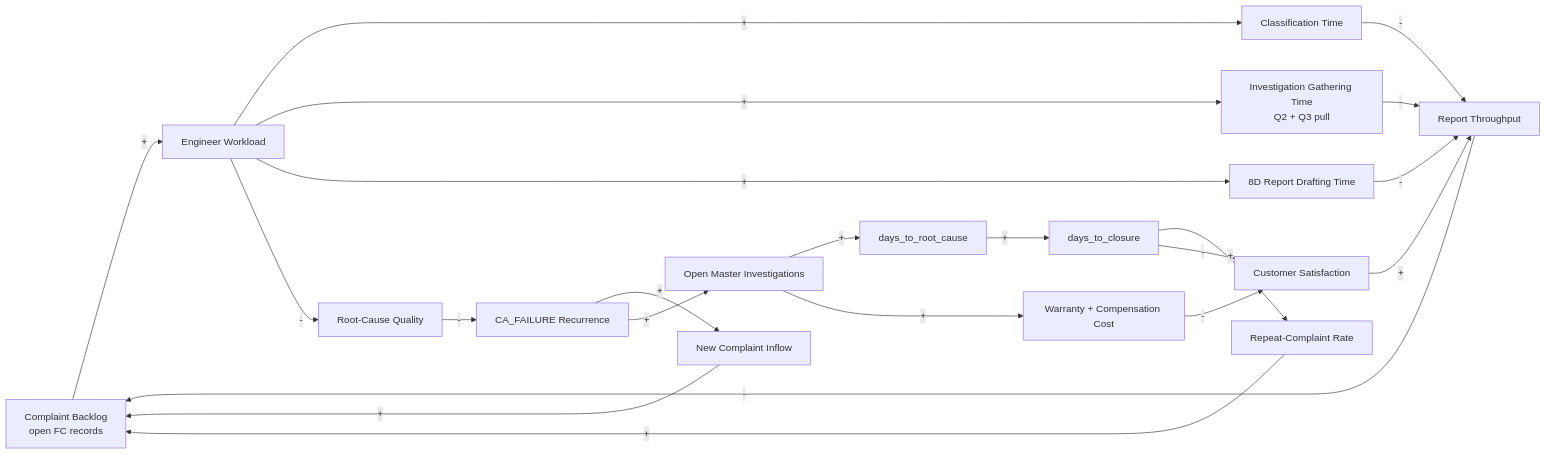
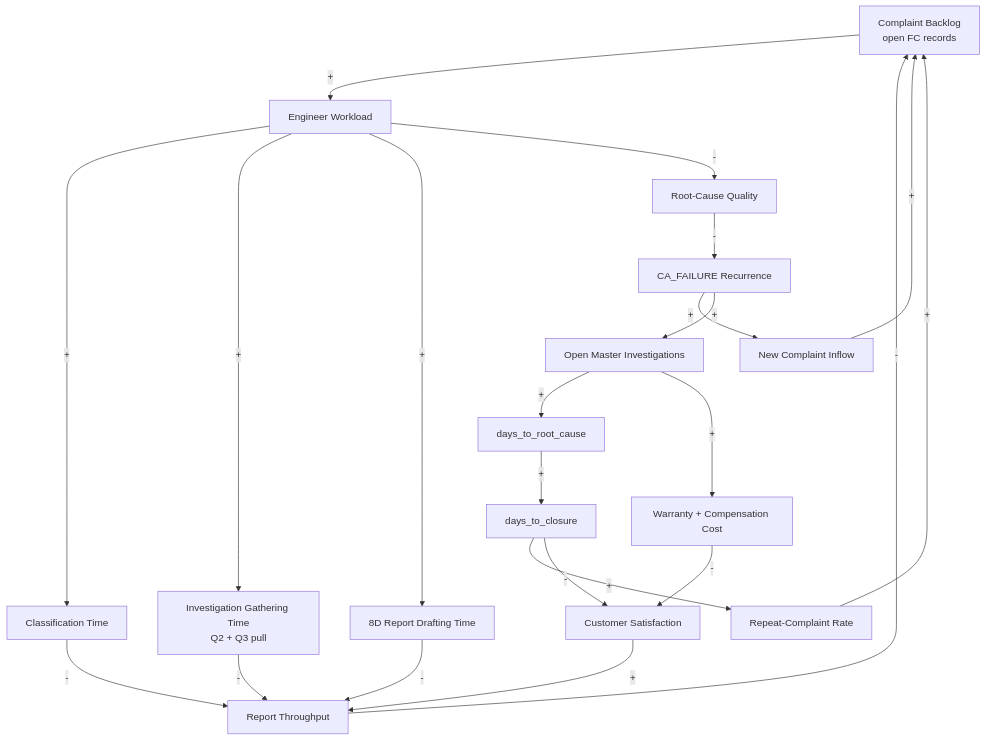
Before and after one commit to jayanthbagare/complete_book: the second of 3 diagrams in book/02-part2-danfoss.md, drawn with Mermaid. The commit also changed other lines of this file and 9 other files, not shown here.

First line of the commit message:
Fix site layout and unreadable diagrams

````diff
--- a/book/02-part2-danfoss.md
+++ b/book/02-part2-danfoss.md
@@ -218,43 +218,43 @@
 ```mermaid
-graph LR
+graph TD
     CB[Complaint Backlog<br/>open FC records]
     CT[Classification Time]
     GT[Investigation Gathering Time<br/>Q2 + Q3 pull]
     RD[8D Report Drafting Time]
     EW[Engineer Workload]
     TP[Report Throughput]
     DRC[days_to_root_cause]
     DCL[days_to_closure]
     OM[Open Master Investigations]
     RCQ[Root-Cause Quality]
     REP[Repeat-Complaint Rate]
     CAF[CA_FAILURE Recurrence]
     CS[Customer Satisfaction]
     WC[Warranty + Compensation Cost]
     NEW[New Complaint Inflow]
 
-    CB -->|+| EW
-    EW -->|+| CT
-    EW -->|+| GT
-    EW -->|+| RD
-    CT -->|-| TP
-    GT -->|-| TP
-    RD -->|-| TP
-    TP -->|-| CB
+    CB -->|#43;| EW
+    EW -->|#43;| CT
+    EW -->|#43;| GT
+    EW -->|#43;| RD
+    CT -->|#45;| TP
+    GT -->|#45;| TP
+    RD -->|#45;| TP
+    TP -->|#45;| CB
 
-    EW -->|-| RCQ
-    RCQ -->|-| CAF
-    CAF -->|+| NEW
-    NEW -->|+| CB
-    CAF -->|+| OM
+    EW -->|#45;| RCQ
+    RCQ -->|#45;| CAF
+    CAF -->|#43;| NEW
+    NEW -->|#43;| CB
+    CAF -->|#43;| OM
 
-    OM -->|+| DRC
-    DRC -->|+| DCL
-    DCL -->|+| REP
-    REP -->|+| CB
+    OM -->|#43;| DRC
+    DRC -->|#43;| DCL
+    DCL -->|#43;| REP
+    REP -->|#43;| CB
 
-    DCL -->|-| CS
-    WC -->|-| CS
-    OM -->|+| WC
-    CS -->|+| TP
+    DCL -->|#45;| CS
+    WC -->|#45;| CS
+    OM -->|#43;| WC
+    CS -->|#43;| TP
 ```
````
